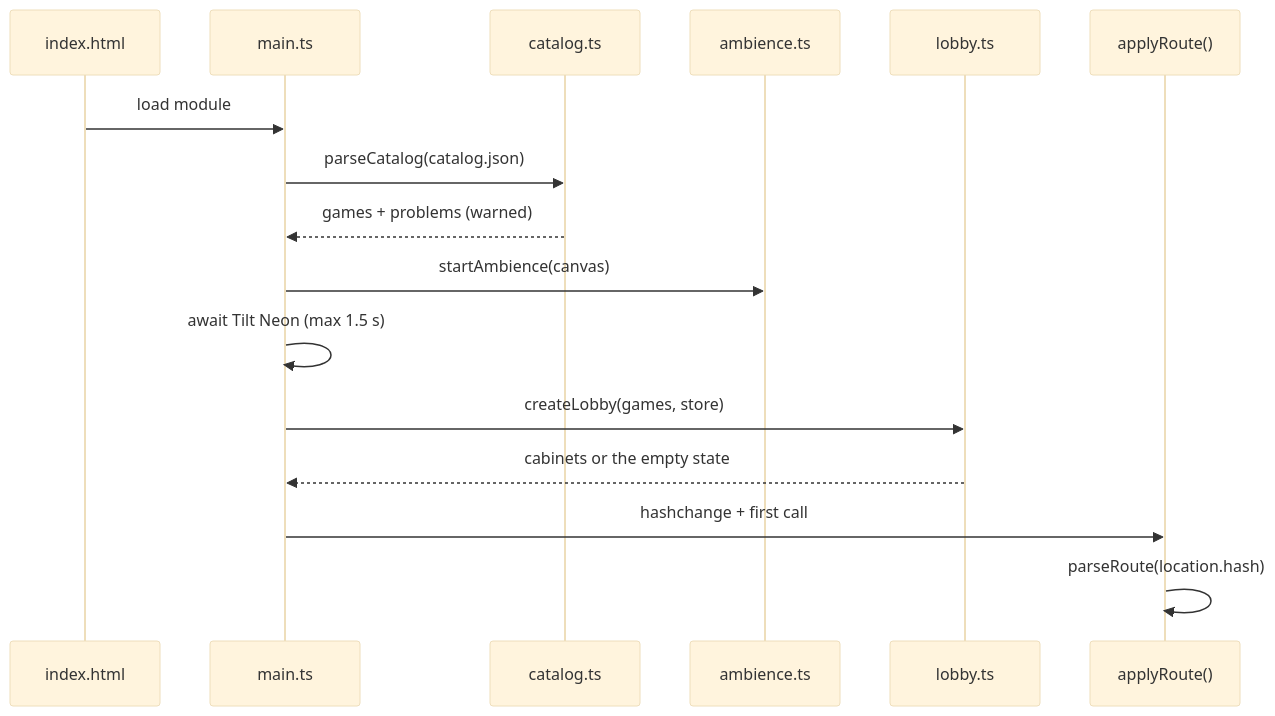
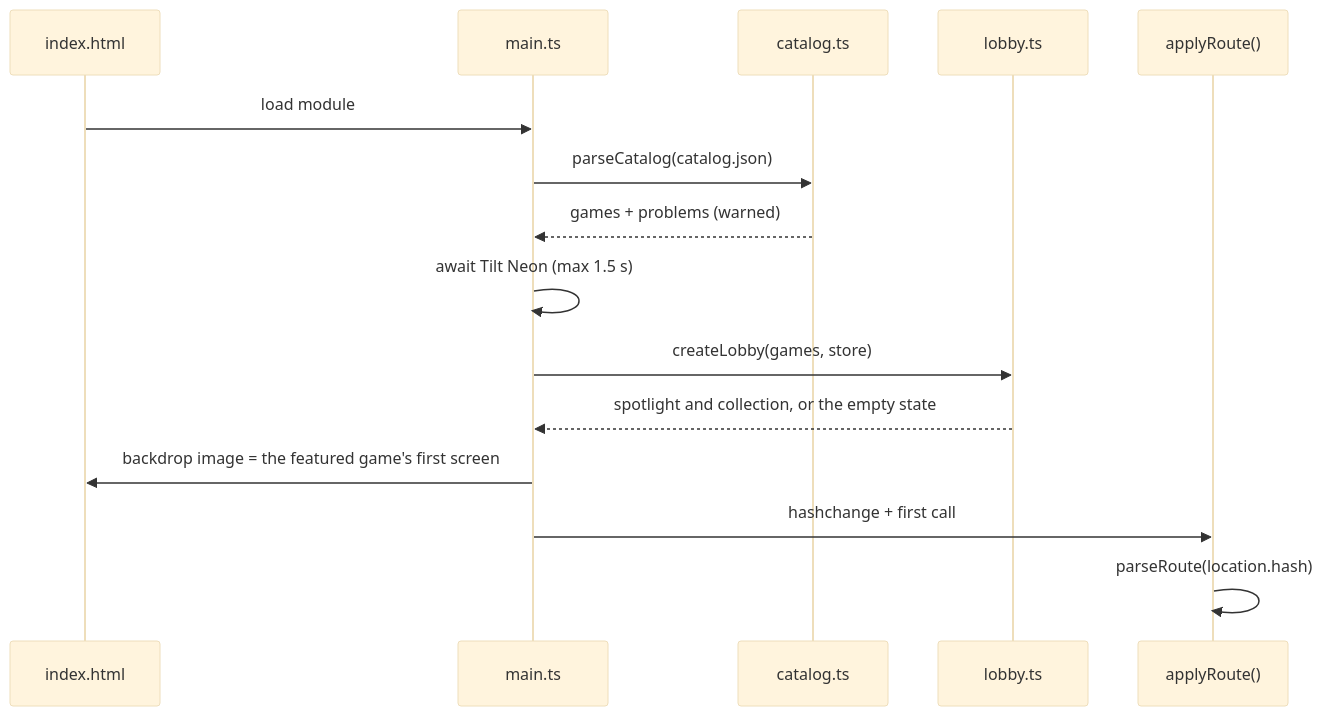
Before and after one commit to agunawijaya/NeoArcade: the second of 5 diagrams in docs/HALL-ARCHITECTURE.md, drawn with Mermaid (base theme). The commit also changed other lines of this file and 43 other files, not shown here.

````diff
--- a/docs/HALL-ARCHITECTURE.md
+++ b/docs/HALL-ARCHITECTURE.md
@@ -108,19 +116,18 @@
 ```mermaid
 sequenceDiagram
   participant Page as index.html
   participant Main as main.ts
   participant Catalog as catalog.ts
-  participant Room as ambience.ts
   participant Lobby as lobby.ts
   participant Router as applyRoute()
 
   Page->>Main: load module
   Main->>Catalog: parseCatalog(catalog.json)
   Catalog-->>Main: games + problems (warned)
-  Main->>Room: startAmbience(canvas)
   Main->>Main: await Tilt Neon (max 1.5 s)
   Main->>Lobby: createLobby(games, store)
-  Lobby-->>Main: cabinets or the empty state
+  Lobby-->>Main: spotlight and collection, or the empty state
+  Main->>Page: backdrop image = the featured game's first screen
   Main->>Router: hashchange + first call
   Router->>Router: parseRoute(location.hash)
 ```
````
